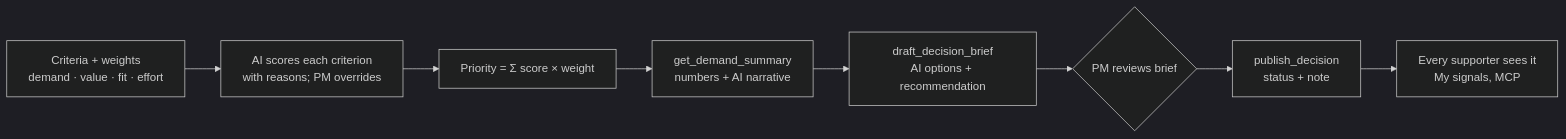
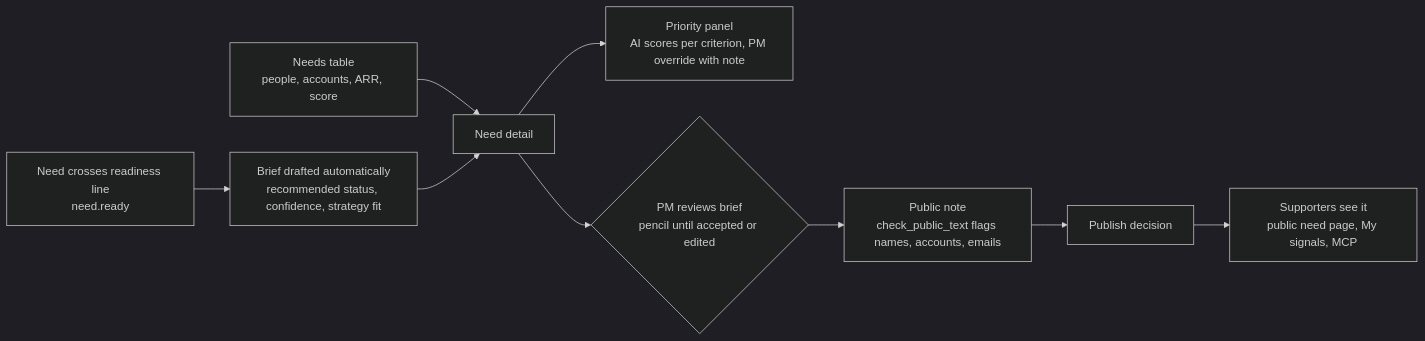
One commit to gaboesquivel/flow-signal changed the sixth of 9 diagrams in docs/harness/product-workflows.md. Above: the diagram before and after it, drawn with Mermaid (dark theme). The commit also changed other lines of this file and 7 other files, not shown here.

First line of the commit message:
docs(harness): refresh diagrams for specs 006, 007, and 010 (#12)

````diff
--- a/docs/harness/product-workflows.md
+++ b/docs/harness/product-workflows.md
@@ -87,10 +88,11 @@
 ```mermaid
 flowchart LR
-  C[Criteria + weights<br/>demand · value · fit · effort] --> SC[AI scores each criterion<br/>with reasons; PM overrides]
-  SC --> RANK[Priority = Σ score × weight]
-  RANK --> DS[get_demand_summary<br/>numbers + AI narrative]
-  DS --> BR[draft_decision_brief<br/>AI options + recommendation]
-  BR --> REV{PM reviews brief}
-  REV --> PUB[publish_decision<br/>status + note]
-  PUB --> SUP[Every supporter sees it<br/>My signals, MCP]
+  RDY[Need crosses readiness line<br/>need.ready] --> AB[Brief drafted automatically<br/>recommended status, confidence, strategy fit]
+  NE[Needs table<br/>people, accounts, ARR, score] --> ND[Need detail]
+  AB --> ND
+  ND --> PR[Priority panel<br/>AI scores per criterion, PM override with note]
+  ND --> REV{PM reviews brief<br/>pencil until accepted or edited}
+  REV --> NOTE[Public note<br/>check_public_text flags names, accounts, emails]
+  NOTE --> PUB[Publish decision]
+  PUB --> SUP[Supporters see it<br/>public need page, My signals, MCP]
 ```
````
